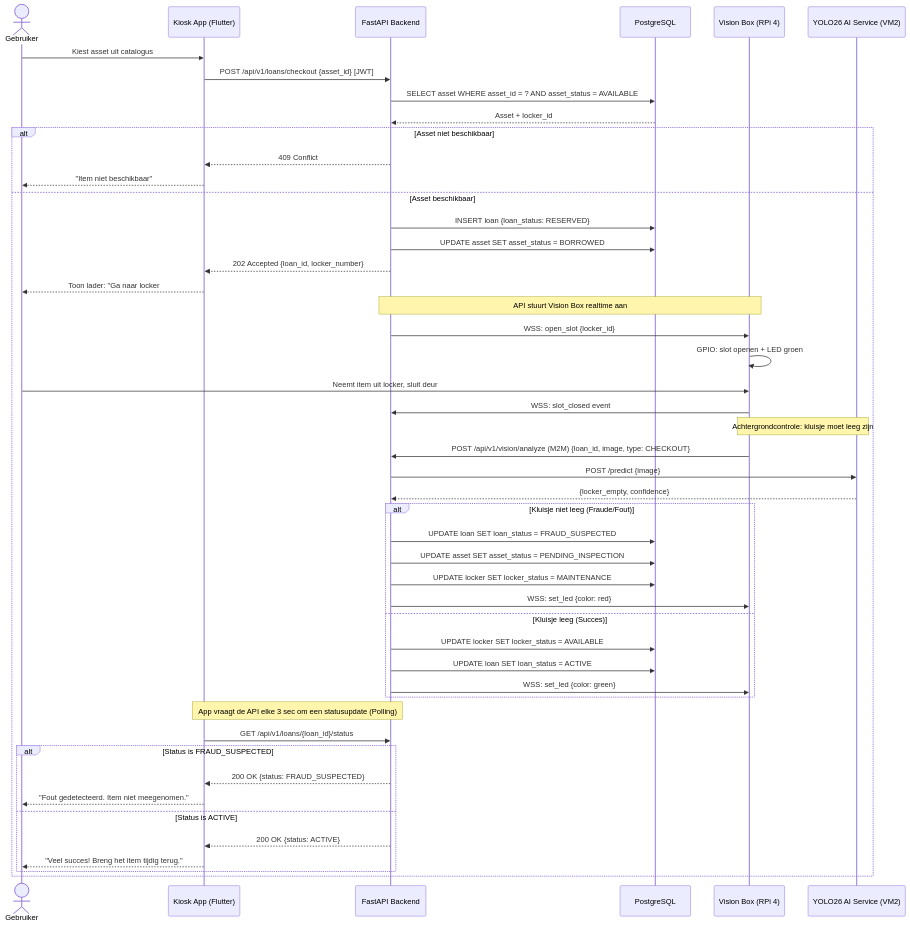
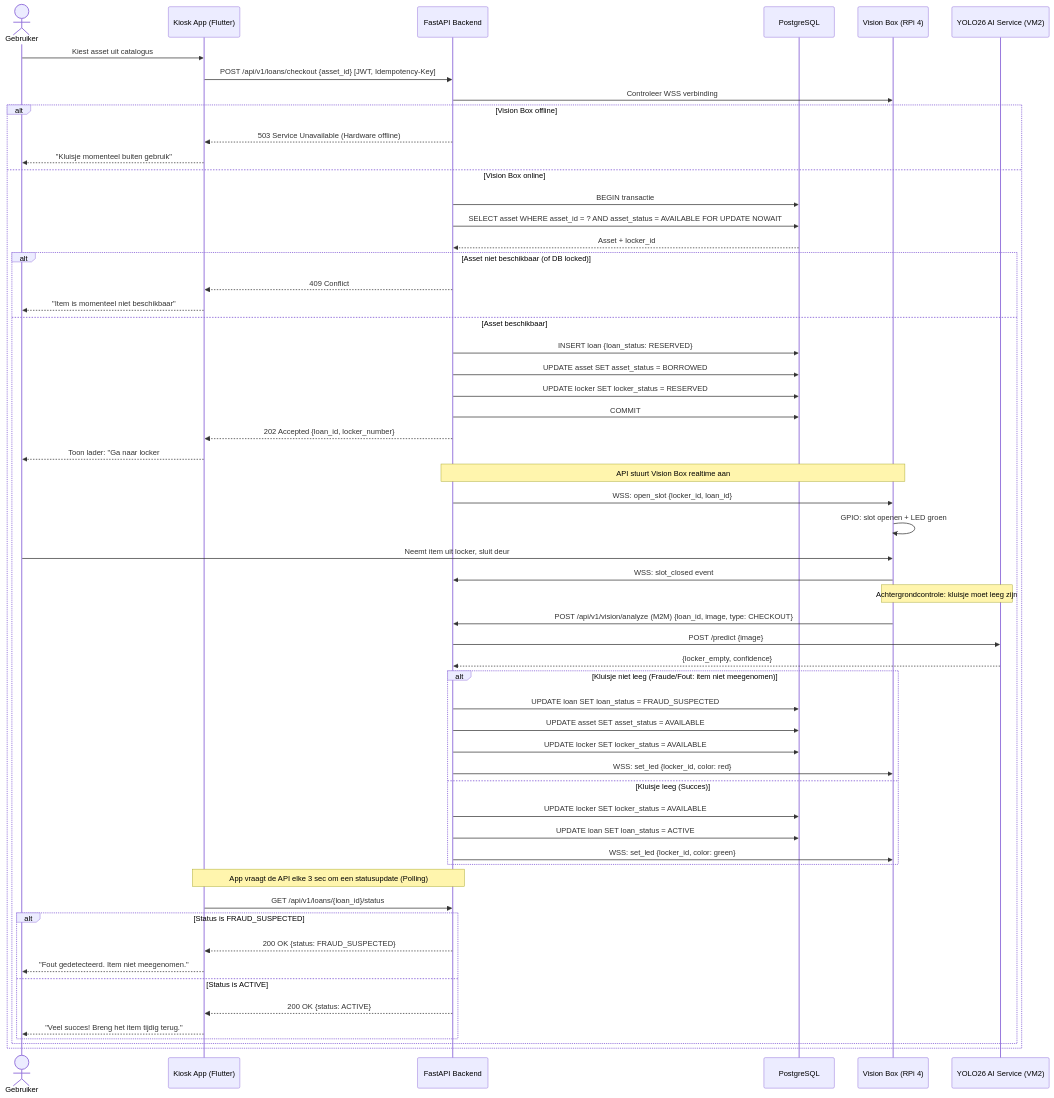
The second of 4 diagrams in docs/workflows.md (easylend-practice-enterprise/easylend), drawn with Mermaid before and after one commit. The commit also changed other lines of this file and 1 other file, not shown here.

Commit message:
docs: finalize architecture with extreme edge-case handling (race conditions, timeouts, AI crashes)

````diff
--- a/docs/workflows.md
+++ b/docs/workflows.md
@@ -69,59 +69,69 @@
 ```mermaid
 sequenceDiagram
     actor User as Gebruiker
     participant App as Kiosk App (Flutter)
     participant API as FastAPI Backend
     participant DB as PostgreSQL
     participant VB as Vision Box (RPi 4)
     participant AI as YOLO26 AI Service (VM2)
 
     User->>App: Kiest asset uit catalogus
-    App->>API: POST /api/v1/loans/checkout {asset_id} [JWT]
-    API->>DB: SELECT asset WHERE asset_id = ? AND asset_status = AVAILABLE
-    DB-->>API: Asset + locker_id
+    App->>API: POST /api/v1/loans/checkout {asset_id} [JWT, Idempotency-Key]
+    
+    API->>VB: Controleer WSS verbinding
+    alt Vision Box offline
+        API-->>App: 503 Service Unavailable (Hardware offline)
+        App-->>User: "Kluisje momenteel buiten gebruik"
+    else Vision Box online
+        API->>DB: BEGIN transactie
+        API->>DB: SELECT asset WHERE asset_id = ? AND asset_status = AVAILABLE FOR UPDATE NOWAIT
+        DB-->>API: Asset + locker_id
 
-    alt Asset niet beschikbaar
-        API-->>App: 409 Conflict
-        App-->>User: "Item niet beschikbaar"
-    else Asset beschikbaar
-        API->>DB: INSERT loan {loan_status: RESERVED}
-        API->>DB: UPDATE asset SET asset_status = BORROWED
-        API-->>App: 202 Accepted {loan_id, locker_number}
-        App-->>User: Toon lader: "Ga naar locker #N"
+        alt Asset niet beschikbaar (of DB locked)
+            API-->>App: 409 Conflict
+            App-->>User: "Item is momenteel niet beschikbaar"
+        else Asset beschikbaar
+            API->>DB: INSERT loan {loan_status: RESERVED}
+            API->>DB: UPDATE asset SET asset_status = BORROWED
+            API->>DB: UPDATE locker SET locker_status = RESERVED
+            API->>DB: COMMIT
+            API-->>App: 202 Accepted {loan_id, locker_number}
+            App-->>User: Toon lader: "Ga naar locker #N"
 
         Note over API,VB: API stuurt Vision Box realtime aan
-        API->>VB: WSS: open_slot {locker_id}
+        API->>VB: WSS: open_slot {locker_id, loan_id}
         VB->>VB: GPIO: slot openen + LED groen
 
         User->>VB: Neemt item uit locker, sluit deur
         VB->>API: WSS: slot_closed event
 
         Note over VB,AI: Achtergrondcontrole: kluisje moet leeg zijn
         VB->>API: POST /api/v1/vision/analyze (M2M) {loan_id, image, type: CHECKOUT}
         API->>AI: POST /predict {image}
         AI-->>API: {locker_empty, confidence}
 
-        alt Kluisje niet leeg (Fraude/Fout)
+        alt Kluisje niet leeg (Fraude/Fout: item niet meegenomen)
             API->>DB: UPDATE loan SET loan_status = FRAUD_SUSPECTED
-            API->>DB: UPDATE asset SET asset_status = PENDING_INSPECTION
-            API->>DB: UPDATE locker SET locker_status = MAINTENANCE
-            API->>VB: WSS: set_led {color: red}
+            API->>DB: UPDATE asset SET asset_status = AVAILABLE
+            API->>DB: UPDATE locker SET locker_status = AVAILABLE
+            API->>VB: WSS: set_led {locker_id, color: red}
         else Kluisje leeg (Succes)
             API->>DB: UPDATE locker SET locker_status = AVAILABLE
             API->>DB: UPDATE loan SET loan_status = ACTIVE
-            API->>VB: WSS: set_led {color: green}
+            API->>VB: WSS: set_led {locker_id, color: green}
         end
 
         Note over App,API: App vraagt de API elke 3 sec om een statusupdate (Polling)
         App->>API: GET /api/v1/loans/{loan_id}/status
         
         alt Status is FRAUD_SUSPECTED
             API-->>App: 200 OK {status: FRAUD_SUSPECTED}
             App-->>User: "Fout gedetecteerd. Item niet meegenomen."
         else Status is ACTIVE
             API-->>App: 200 OK {status: ACTIVE}
             App-->>User: "Veel succes! Breng het item tijdig terug."
         end
     end
+end
 
 ```
````
